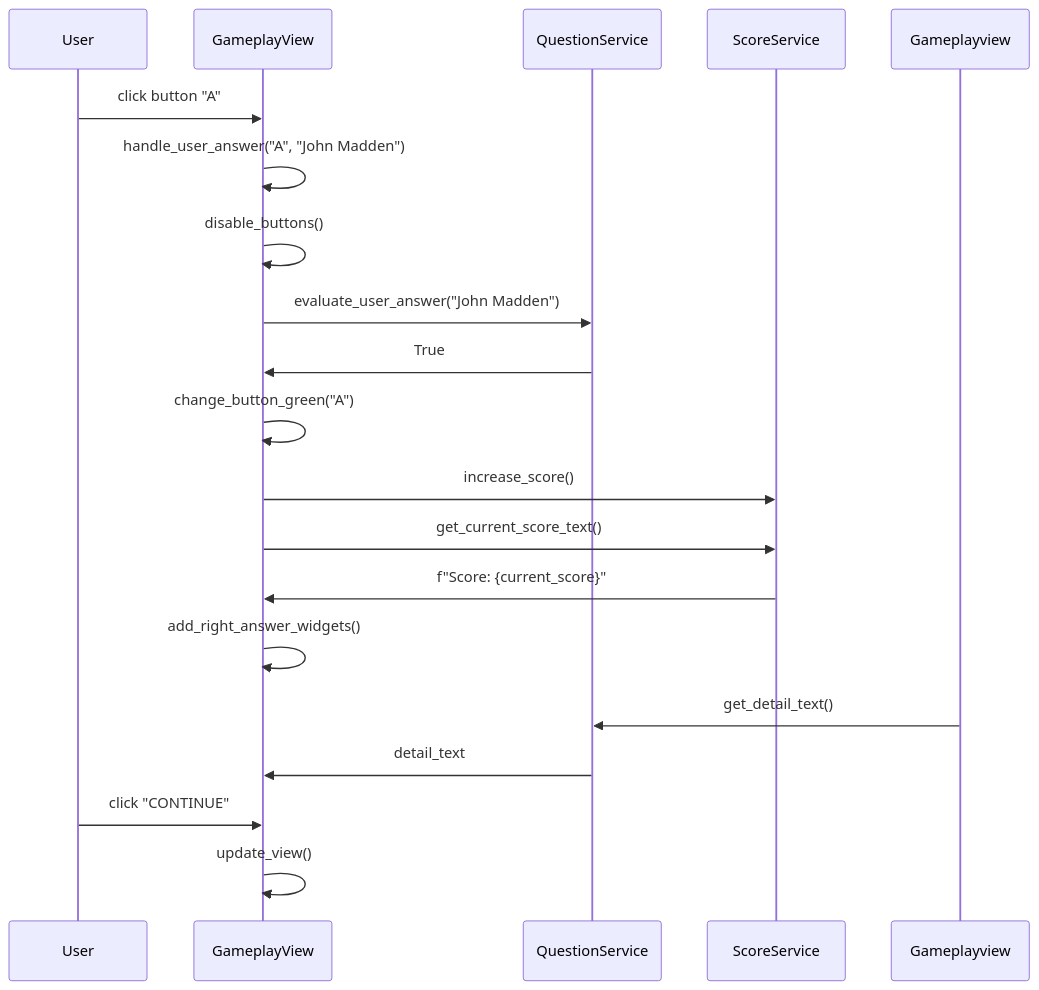
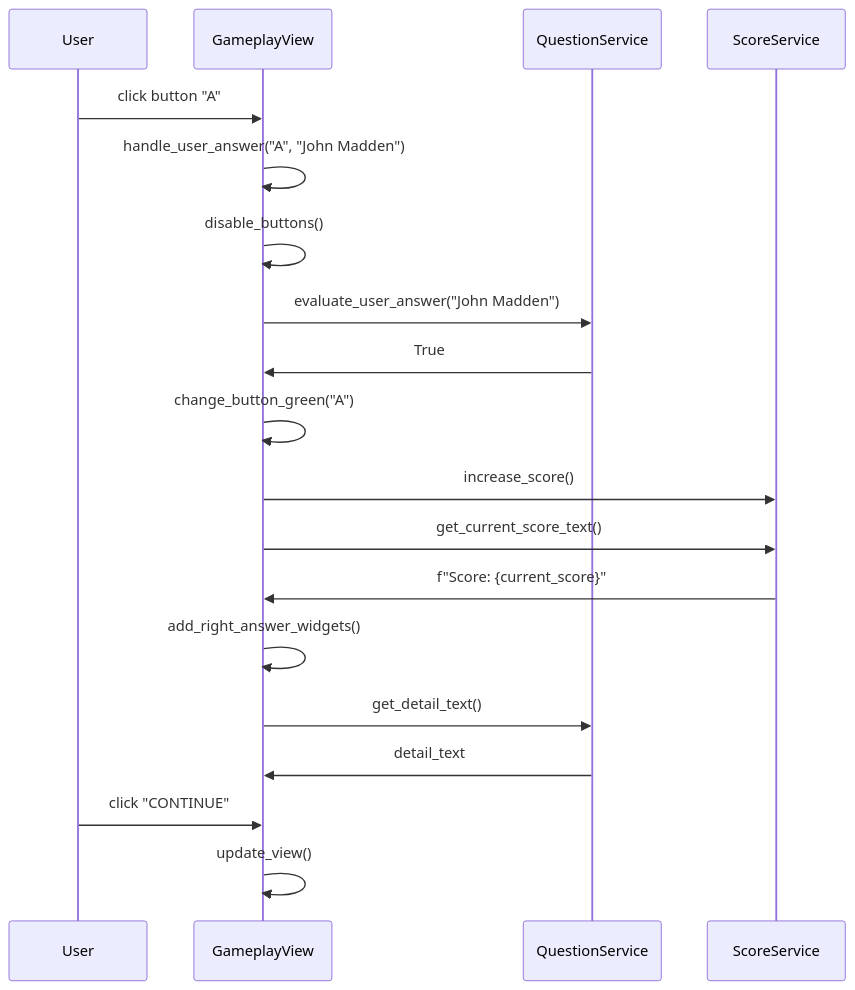
The second of 3 diagrams in dokumentaatio/arkkitehtuuri.md (danieldenial/ot-harjoitus), drawn with Mermaid before and after one commit. The commit also changed 9 other files, not shown here.

````diff
--- a/dokumentaatio/arkkitehtuuri.md
+++ b/dokumentaatio/arkkitehtuuri.md
@@ -110,22 +110,22 @@
 ```mermaid
 sequenceDiagram
     participant User
     participant GameplayView
     participant QuestionService
     participant ScoreService
     User->>GameplayView: click button "A"
     GameplayView->>GameplayView: handle_user_answer("A", "John Madden")
     GameplayView->>GameplayView: disable_buttons()
     GameplayView->>QuestionService: evaluate_user_answer("John Madden")
     QuestionService->>GameplayView: True
     GameplayView->>GameplayView: change_button_green("A")
     GameplayView->>ScoreService: increase_score()
     GameplayView->>ScoreService: get_current_score_text()
     ScoreService->>GameplayView: f"Score: {current_score}"
     GameplayView->>GameplayView: add_right_answer_widgets()
-    Gameplayview->>QuestionService: get_detail_text()
+    GameplayView->>QuestionService: get_detail_text()
     QuestionService->>GameplayView: detail_text
     User->>GameplayView: click "CONTINUE"
     GameplayView->>GameplayView: update_view()
 
 ```
````
